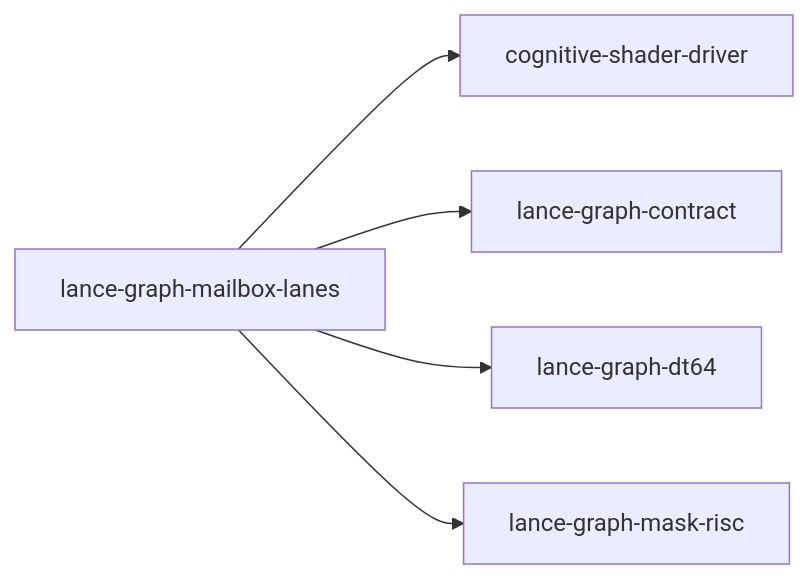
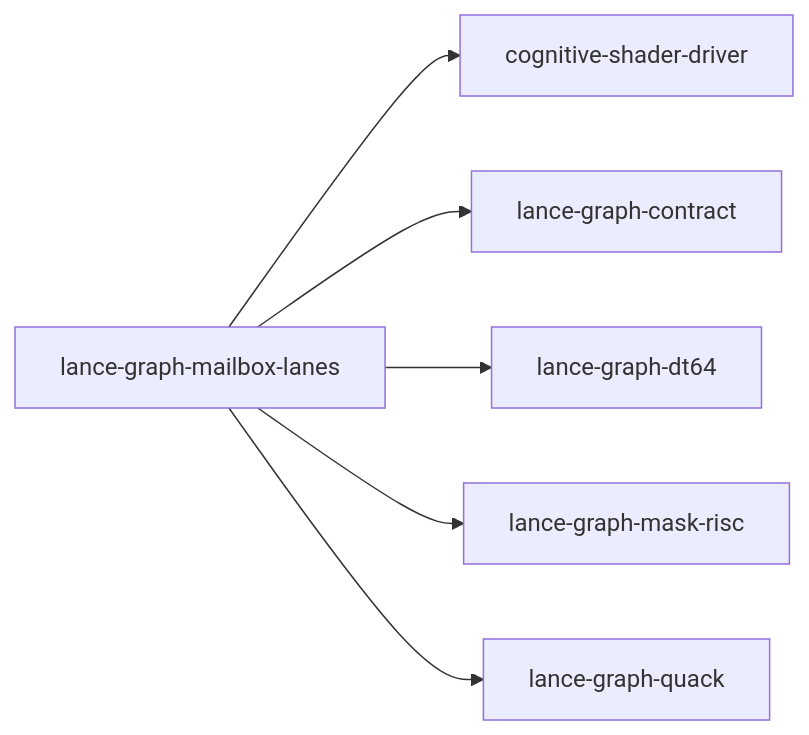
Before and after one commit to AdaWorldAPI/lance-graph: the diagram in .codegraph/crates/lance-graph-mailbox-lanes.index.md, drawn with Mermaid. The commit also changed other lines of this file and 26 other files, not shown here.

````diff
--- a/.codegraph/crates/lance-graph-mailbox-lanes.index.md
+++ b/.codegraph/crates/lance-graph-mailbox-lanes.index.md
@@ -86,12 +122,14 @@
 ```mermaid
 flowchart LR
   n7["cognitive-shader-driver"]
   n45["lance-graph-contract"]
   n48["lance-graph-dt64"]
   n53["lance-graph-mailbox-lanes"]
   n54["lance-graph-mask-risc"]
+  n64["lance-graph-quack"]
   n53 --> n7
   n53 --> n45
   n53 --> n48
   n53 --> n54
+  n53 --> n64
 ```
````
